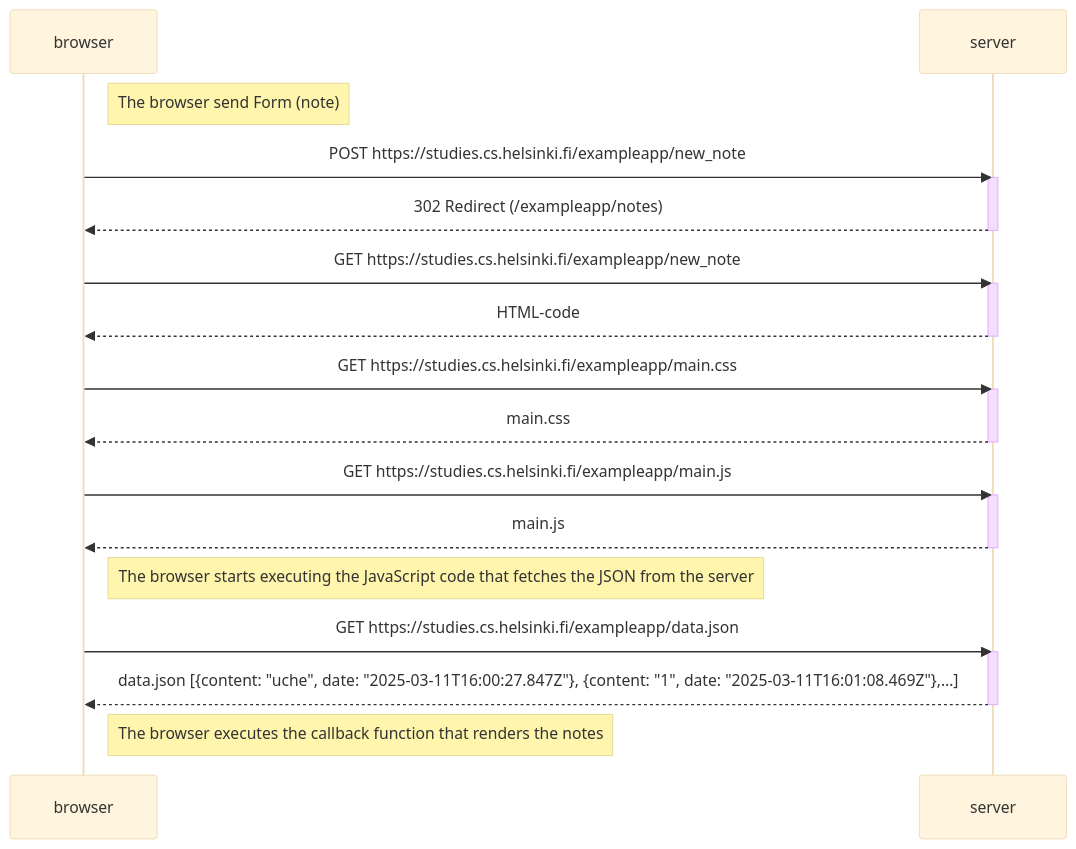
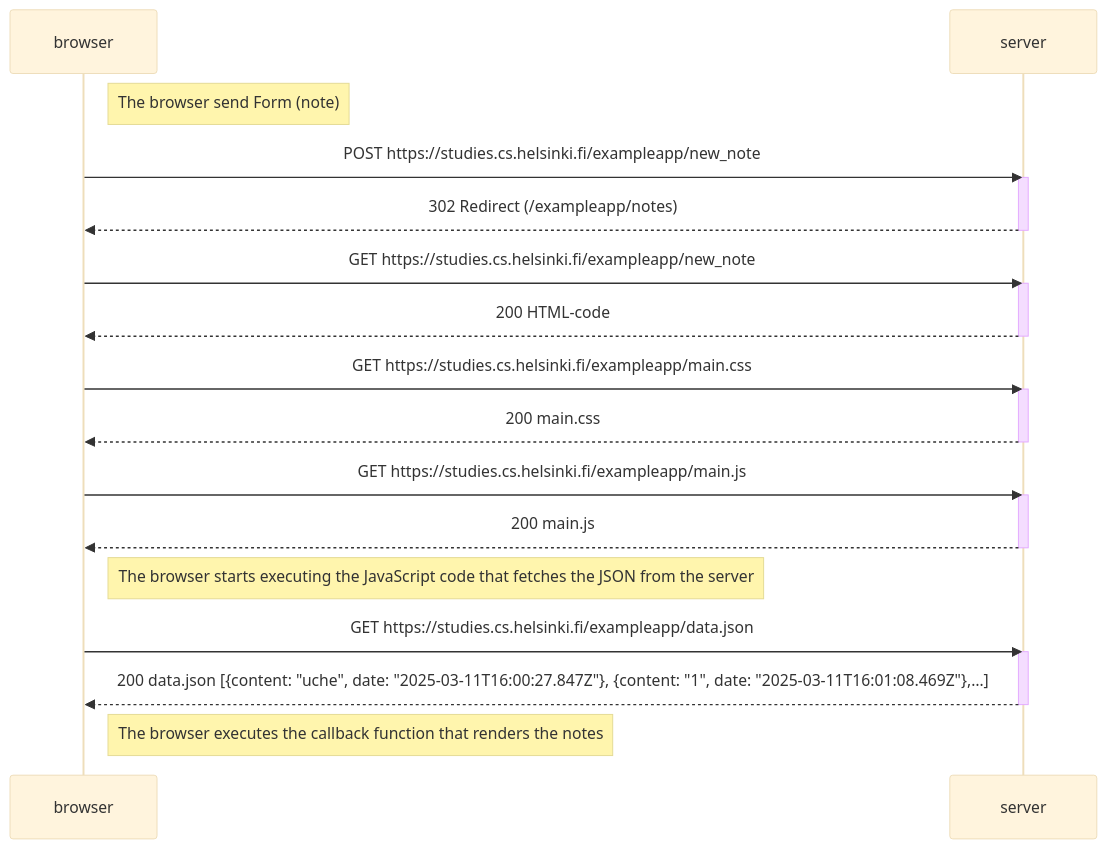
The diagram in part0/0.4/mermaid-diagram-2025-03-11-231848.mmd (Racorral/curso-fullstack-react), drawn with Mermaid (base theme) before and after one commit. The commit also changed 3 other files, not shown here.

```diff
--- a/part0/0.4/mermaid-diagram-2025-03-11-231848.mmd
+++ b/part0/0.4/mermaid-diagram-2025-03-11-231848.mmd
@@ -1,34 +1,34 @@
 sequenceDiagram
     participant browser
     participant server
 
     Note right of browser: The browser send Form (note)
 
     browser->>server: POST https://studies.cs.helsinki.fi/exampleapp/new_note
     activate server
     server-->>browser: 302 Redirect (/exampleapp/notes)
     deactivate server
 
     browser->>server: GET https://studies.cs.helsinki.fi/exampleapp/new_note
     activate server
-    server-->>browser: HTML-code
+    server-->>browser: 200 HTML-code
     deactivate server
 
     browser->>server: GET https://studies.cs.helsinki.fi/exampleapp/main.css
     activate server
-    server-->>browser: main.css
+    server-->>browser: 200 main.css
     deactivate server
 
     browser->>server: GET https://studies.cs.helsinki.fi/exampleapp/main.js
     activate server
-    server-->>browser: main.js
+    server-->>browser: 200 main.js
     deactivate server
 
     Note right of browser: The browser starts executing the JavaScript code that fetches the JSON from the server
 
     browser->>server: GET https://studies.cs.helsinki.fi/exampleapp/data.json
     activate server
-    server-->>browser: data.json [{content: "uche", date: "2025-03-11T16:00:27.847Z"}, {content: "1", date: "2025-03-11T16:01:08.469Z"},…]
+    server-->>browser: 200 data.json [{content: "uche", date: "2025-03-11T16:00:27.847Z"}, {content: "1", date: "2025-03-11T16:01:08.469Z"},…]
     deactivate server
 
     Note right of browser: The browser executes the callback function that renders the notes
```
